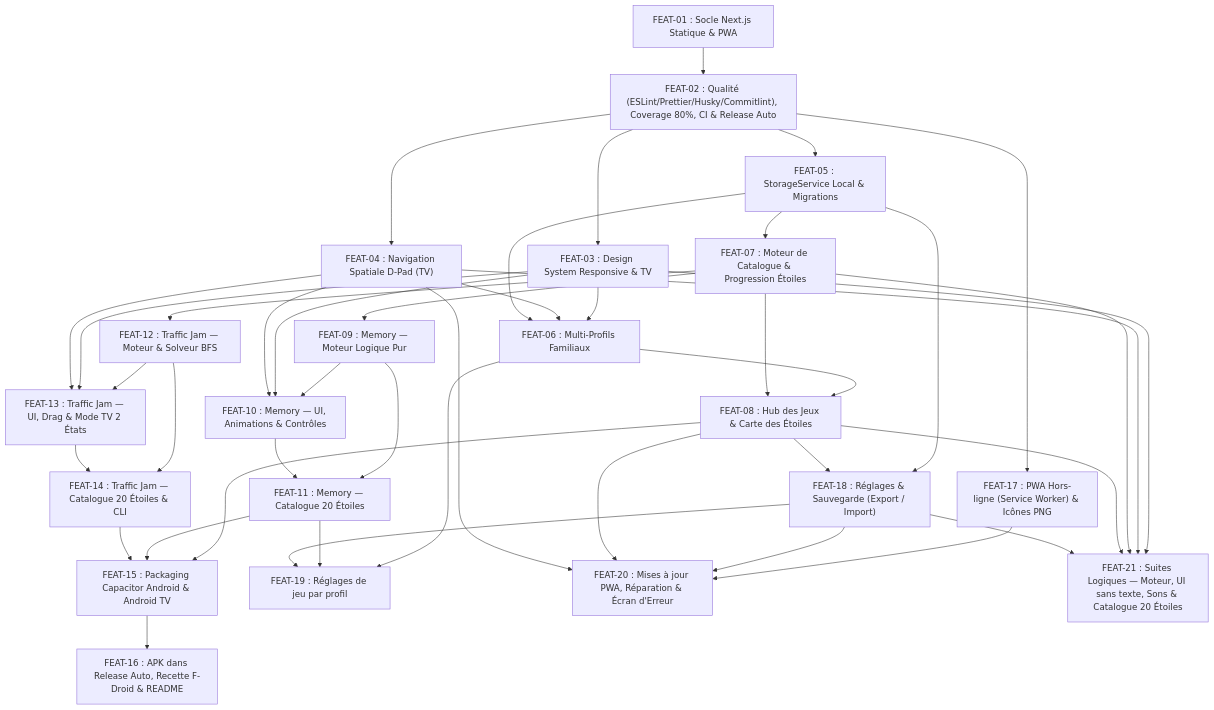
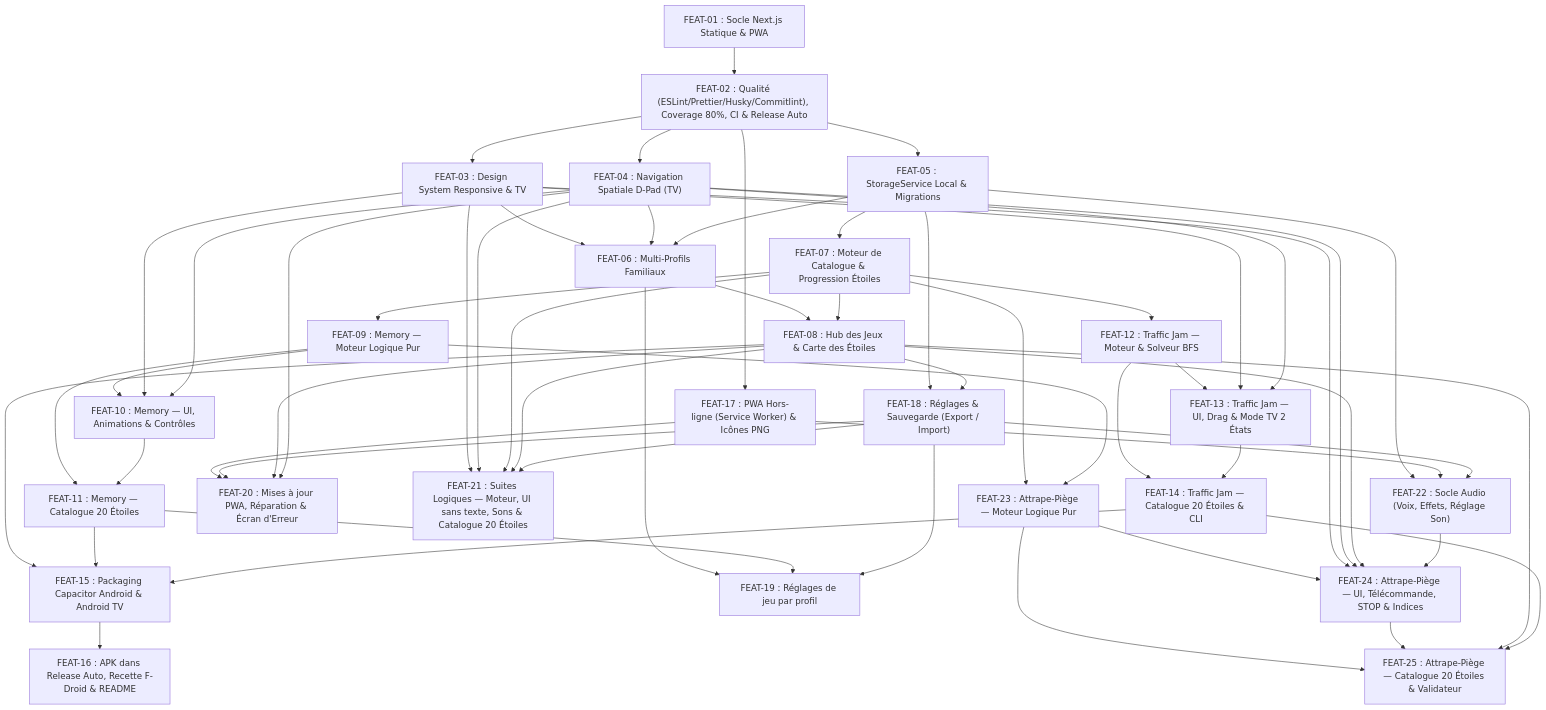
One commit to youtix/mia changed the fourth of 4 diagrams in docs/SPECIFICATION.md. Above: the diagram before and after it, drawn with Mermaid. The commit also changed other lines of this file and 82 other files, not shown here.

Commit message:
feat(bear-sort): add the attrape-piège sorting game (#17)

````diff
--- a/docs/SPECIFICATION.md
+++ b/docs/SPECIFICATION.md
@@ -354,54 +426,70 @@
 ```mermaid
 flowchart TD
     F01["FEAT-01 : Socle Next.js Statique & PWA"] --> F02["FEAT-02 : Qualité (ESLint/Prettier/Husky/Commitlint), Coverage 80%, CI & Release Auto"]
     F02 --> F03["FEAT-03 : Design System Responsive & TV"]
     F02 --> F04["FEAT-04 : Navigation Spatiale D-Pad (TV)"]
     F02 --> F05["FEAT-05 : StorageService Local & Migrations"]
 
     F03 --> F06["FEAT-06 : Multi-Profils Familiaux"]
     F04 --> F06
     F05 --> F06
 
     F05 --> F07["FEAT-07 : Moteur de Catalogue & Progression Étoiles"]
     F06 --> F08["FEAT-08 : Hub des Jeux & Carte des Étoiles"]
     F07 --> F08
 
     F07 --> F09["FEAT-09 : Memory — Moteur Logique Pur"]
     F09 --> F10["FEAT-10 : Memory — UI, Animations & Contrôles"]
     F03 --> F10
     F04 --> F10
     F09 --> F11["FEAT-11 : Memory — Catalogue 20 Étoiles"]
     F10 --> F11
 
     F07 --> F12["FEAT-12 : Traffic Jam — Moteur & Solveur BFS"]
     F12 --> F13["FEAT-13 : Traffic Jam — UI, Drag & Mode TV 2 États"]
     F03 --> F13
     F04 --> F13
     F12 --> F14["FEAT-14 : Traffic Jam — Catalogue 20 Étoiles & CLI"]
     F13 --> F14
 
     F08 --> F15["FEAT-15 : Packaging Capacitor Android & Android TV"]
     F11 --> F15
     F14 --> F15
     F15 --> F16["FEAT-16 : APK dans Release Auto, Recette F-Droid & README"]
 
     F02 --> F17["FEAT-17 : PWA Hors-ligne (Service Worker) & Icônes PNG"]
 
     F05 --> F18["FEAT-18 : Réglages & Sauvegarde (Export / Import)"]
     F08 --> F18
 
     F06 --> F19["FEAT-19 : Réglages de jeu par profil"]
     F11 --> F19
     F18 --> F19
 
     F17 --> F20["FEAT-20 : Mises à jour PWA, Réparation & Écran d'Erreur"]
     F18 --> F20
     F08 --> F20
     F04 --> F20
 
     F03 --> F21["FEAT-21 : Suites Logiques — Moteur, UI sans texte, Sons & Catalogue 20 Étoiles"]
     F04 --> F21
     F07 --> F21
     F08 --> F21
     F18 --> F21
+
+    F05 --> F22["FEAT-22 : Socle Audio (Voix, Effets, Réglage Son)"]
+    F17 --> F22
+    F18 --> F22
+
+    F07 --> F23["FEAT-23 : Attrape-Piège — Moteur Logique Pur"]
+    F09 --> F23
+    F23 --> F24["FEAT-24 : Attrape-Piège — UI, Télécommande, STOP & Indices"]
+    F03 --> F24
+    F04 --> F24
+    F08 --> F24
+    F22 --> F24
+    F23 --> F25["FEAT-25 : Attrape-Piège — Catalogue 20 Étoiles & Validateur"]
+    F24 --> F25
+    F08 --> F25
+    F14 --> F25
 ```
````
